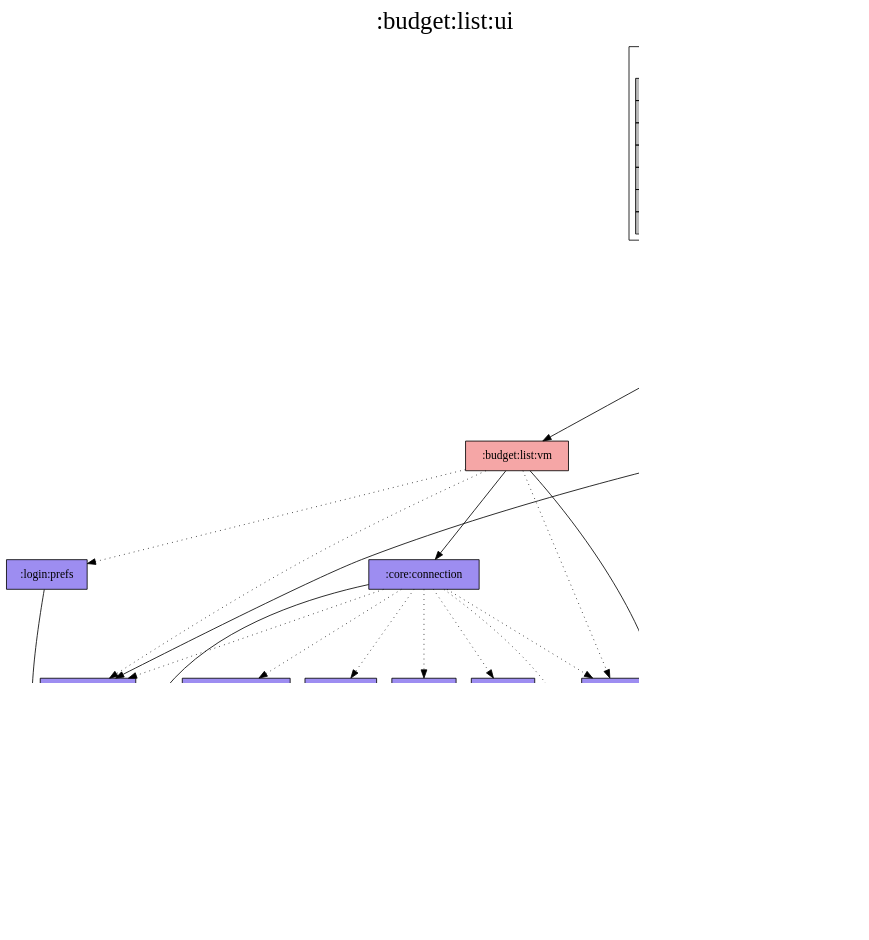
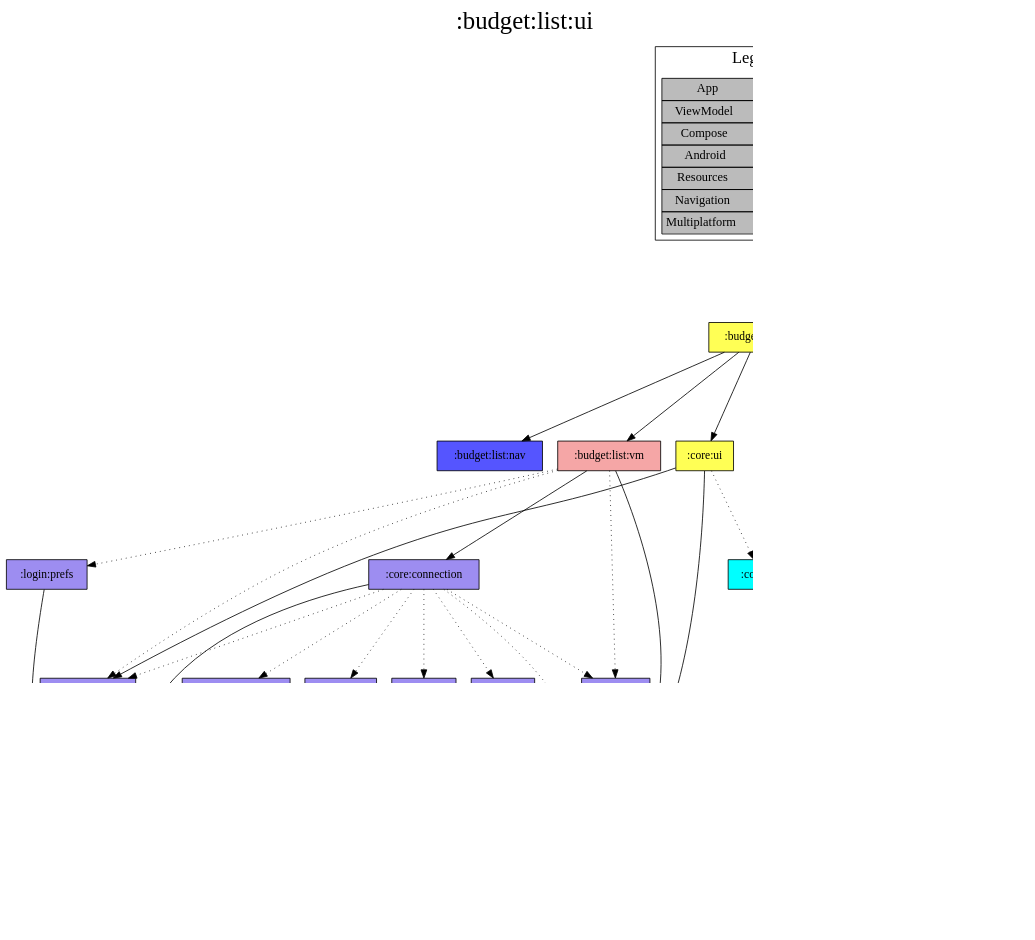
Before and after one commit to jonapoul/aktual: the diagram in modules/budget/list/ui/project-dependency-graph.dot, drawn with Graphviz. The commit also changed 63 other files, not shown here.

```diff
--- a/modules/budget/list/ui/project-dependency-graph.dot
+++ b/modules/budget/list/ui/project-dependency-graph.dot
@@ -1,67 +1,73 @@
 digraph {
 edge ["dir"="forward"]
 graph ["dpi"="100","label"=":budget:list:ui","labelloc"="t","fontsize"="30","ranksep"="1.5","rankdir"="TB"]
 node ["style"="filled"]
 ":budget:list:ui" ["fillcolor"="#FFFF55","shape"="box"]
+":budget:list:nav" ["fillcolor"="#5555FF","shape"="box"]
 ":budget:list:vm" ["fillcolor"="#F5A6A6","shape"="box"]
 ":core:connection" ["fillcolor"="#9D8DF1","shape"="box"]
 ":core:buildconfig" ["fillcolor"="#9D8DF1","shape"="box"]
 ":api:client" ["fillcolor"="#9D8DF1","shape"="box"]
 ":api:model" ["fillcolor"="#9D8DF1","shape"="box"]
 ":login:model" ["fillcolor"="#9D8DF1","shape"="box"]
 ":url:model" ["fillcolor"="#9D8DF1","shape"="box"]
 ":api:json" ["fillcolor"="#9D8DF1","shape"="box"]
 ":core:coroutines" ["fillcolor"="#9D8DF1","shape"="box"]
 ":core:log" ["fillcolor"="#9D8DF1","shape"="box"]
 ":core:versions" ["fillcolor"="#9D8DF1","shape"="box"]
 ":url:prefs" ["fillcolor"="#9D8DF1","shape"="box"]
 ":login:prefs" ["fillcolor"="#9D8DF1","shape"="box"]
 ":core:ui" ["fillcolor"="#FFFF55","shape"="box"]
 ":core:res" ["fillcolor"="#00FFFF","shape"="box"]
 ":budget:list:res" ["fillcolor"="#00FFFF","shape"="box"]
+":login:nav" ["fillcolor"="#5555FF","shape"="box"]
+":url:nav" ["fillcolor"="#5555FF","shape"="box"]
 {
 edge ["dir"="none"]
 graph ["rank"="same"]
 }
+":budget:list:ui" -> ":budget:list:nav"
 ":budget:list:ui" -> ":budget:list:vm"
 ":budget:list:ui" -> ":core:ui"
 ":budget:list:ui" -> ":budget:list:res" ["style"="dotted"]
 ":budget:list:ui" -> ":core:res" ["style"="dotted"]
+":budget:list:ui" -> ":login:nav" ["style"="dotted"]
+":budget:list:ui" -> ":url:nav" ["style"="dotted"]
 ":budget:list:vm" -> ":core:connection"
 ":budget:list:vm" -> ":url:model"
 ":budget:list:vm" -> ":core:versions" ["style"="dotted"]
 ":budget:list:vm" -> ":login:prefs" ["style"="dotted"]
 ":budget:list:vm" -> ":url:prefs" ["style"="dotted"]
 ":core:connection" -> ":core:buildconfig"
 ":core:connection" -> ":api:client" ["style"="dotted"]
 ":core:connection" -> ":api:json" ["style"="dotted"]
 ":core:connection" -> ":core:coroutines" ["style"="dotted"]
 ":core:connection" -> ":core:log" ["style"="dotted"]
 ":core:connection" -> ":core:versions" ["style"="dotted"]
 ":core:connection" -> ":url:model" ["style"="dotted"]
 ":core:connection" -> ":url:prefs" ["style"="dotted"]
 ":api:client" -> ":api:model"
 ":api:client" -> ":url:model"
 ":api:model" -> ":login:model"
 ":core:versions" -> ":core:buildconfig"
 ":url:prefs" -> ":url:model"
 ":login:prefs" -> ":login:model"
 ":core:ui" -> ":core:versions"
 ":core:ui" -> ":url:model"
 ":core:ui" -> ":core:res" ["style"="dotted"]
 subgraph "cluster_legend" {
 edge ["dir"="none"]
 graph ["label"="Legend","fontsize"="20"]
 "Legend" ["style"="filled","fillcolor"="#bbbbbb","shape"="none","margin"="0","fontsize"="15","label"=<
 <TABLE BORDER="0" CELLBORDER="1" CELLSPACING="0" CELLPADDING="4">
 <TR><TD>App</TD><TD BGCOLOR="#FF5555">module-name</TD></TR>
 <TR><TD>ViewModel</TD><TD BGCOLOR="#F5A6A6">module-name</TD></TR>
 <TR><TD>Compose</TD><TD BGCOLOR="#FFFF55">module-name</TD></TR>
 <TR><TD>Android</TD><TD BGCOLOR="#55FF55">module-name</TD></TR>
 <TR><TD>Resources</TD><TD BGCOLOR="#00FFFF">module-name</TD></TR>
 <TR><TD>Navigation</TD><TD BGCOLOR="#5555FF">module-name</TD></TR>
 <TR><TD>Multiplatform</TD><TD BGCOLOR="#9D8DF1">module-name</TD></TR>
 </TABLE>
 >]
 } -> ":budget:list:ui" ["style"="invis"]
 }
```
